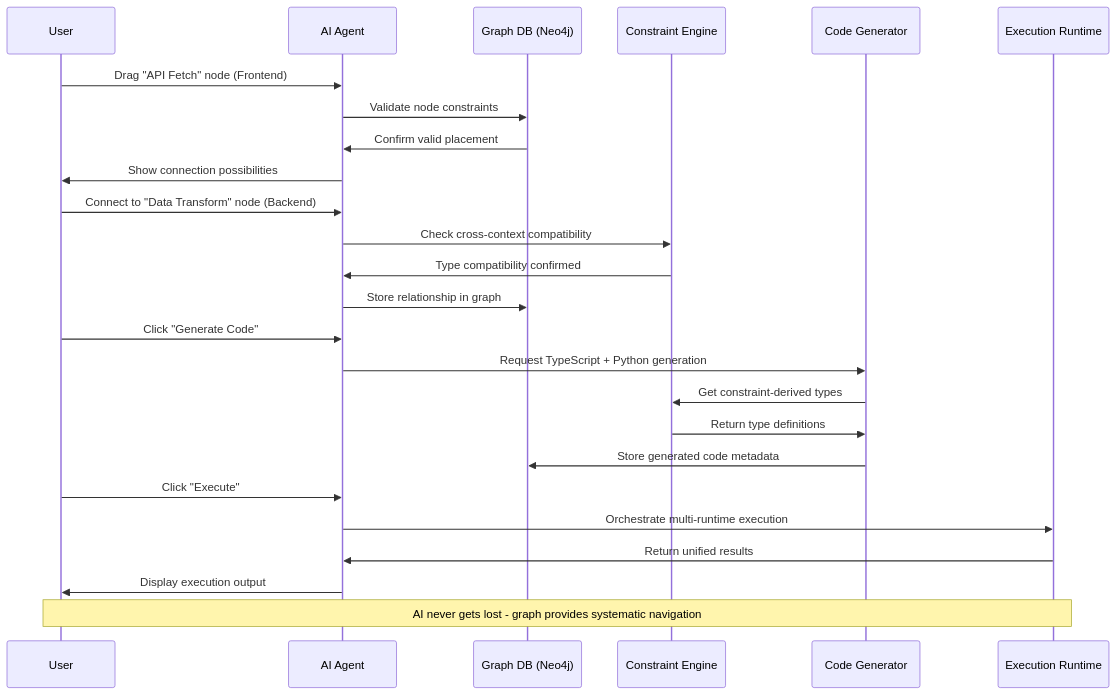
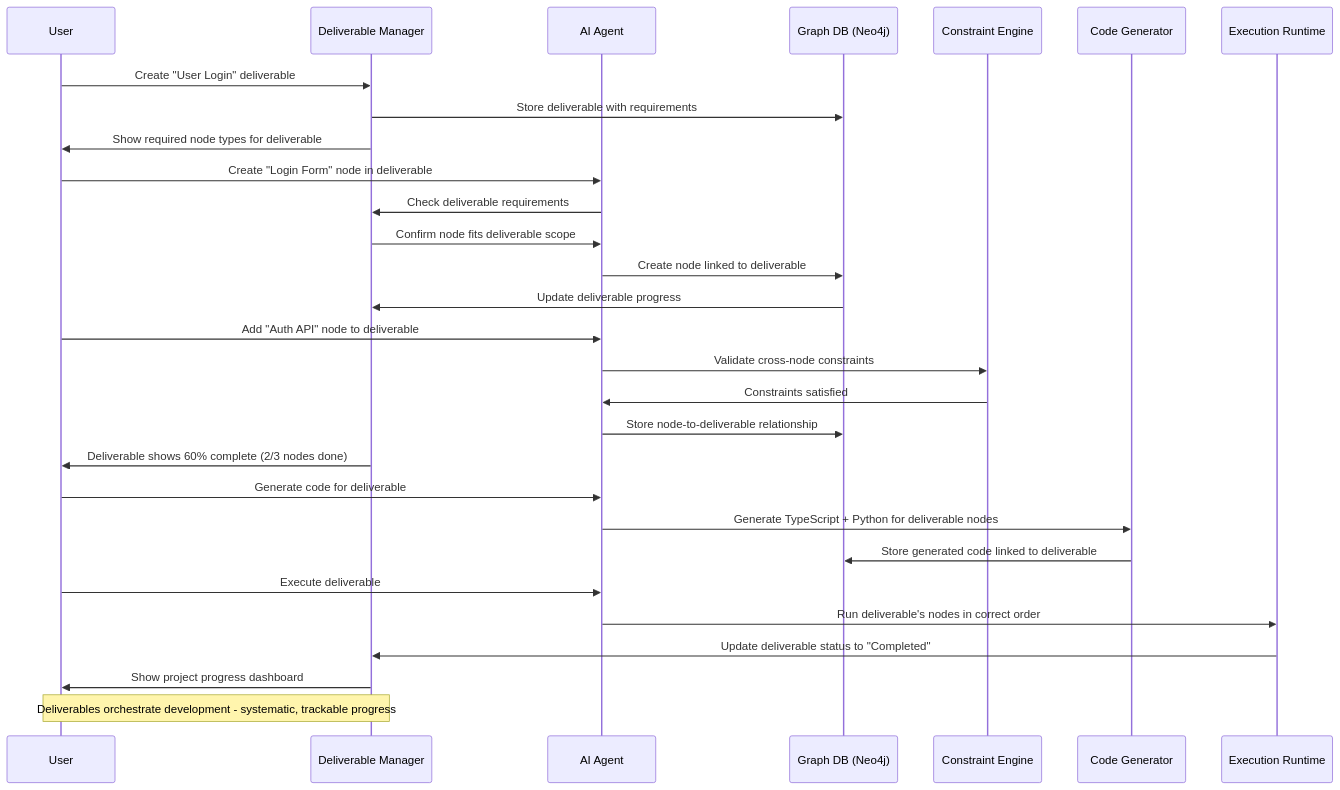
Before and after one commit to lhagenmayer/safepy-prd: the third of 3 diagrams in safepy-mvp-prd.md, drawn with Mermaid. The commit also changed other lines of this file, not shown here.

First line of the commit message:
Add deliverable-based project management to MVP PRD

````diff
--- a/safepy-mvp-prd.md
+++ b/safepy-mvp-prd.md
@@ -312,32 +381,38 @@
 ```mermaid
 sequenceDiagram
     participant U as User
+    participant D as Deliverable Manager
     participant AI as AI Agent
     participant G as Graph DB (Neo4j)
     participant CE as Constraint Engine
     participant CG as Code Generator
     participant EX as Execution Runtime
 
-    U->>AI: Drag "API Fetch" node (Frontend)
-    AI->>G: Validate node constraints
-    G->>AI: Confirm valid placement
-    AI->>U: Show connection possibilities
+    U->>D: Create "User Login" deliverable
+    D->>G: Store deliverable with requirements
+    D->>U: Show required node types for deliverable
 
-    U->>AI: Connect to "Data Transform" node (Backend)
-    AI->>CE: Check cross-context compatibility
-    CE->>AI: Type compatibility confirmed
-    AI->>G: Store relationship in graph
+    U->>AI: Create "Login Form" node in deliverable
+    AI->>D: Check deliverable requirements
+    D->>AI: Confirm node fits deliverable scope
+    AI->>G: Create node linked to deliverable
+    G->>D: Update deliverable progress
 
-    U->>AI: Click "Generate Code"
-    AI->>CG: Request TypeScript + Python generation
-    CG->>CE: Get constraint-derived types
-    CE->>CG: Return type definitions
-    CG->>G: Store generated code metadata
+    U->>AI: Add "Auth API" node to deliverable
+    AI->>CE: Validate cross-node constraints
+    CE->>AI: Constraints satisfied
+    AI->>G: Store node-to-deliverable relationship
 
-    U->>AI: Click "Execute"
-    AI->>EX: Orchestrate multi-runtime execution
-    EX->>AI: Return unified results
-    AI->>U: Display execution output
+    D->>U: Deliverable shows 60% complete (2/3 nodes done)
 
-    Note over U,EX: AI never gets lost - graph provides systematic navigation
+    U->>AI: Generate code for deliverable
+    AI->>CG: Generate TypeScript + Python for deliverable nodes
+    CG->>G: Store generated code linked to deliverable
+
+    U->>AI: Execute deliverable
+    AI->>EX: Run deliverable's nodes in correct order
+    EX->>D: Update deliverable status to "Completed"
+    D->>U: Show project progress dashboard
+
+    Note over U,D: Deliverables orchestrate development - systematic, trackable progress
 ```
````
